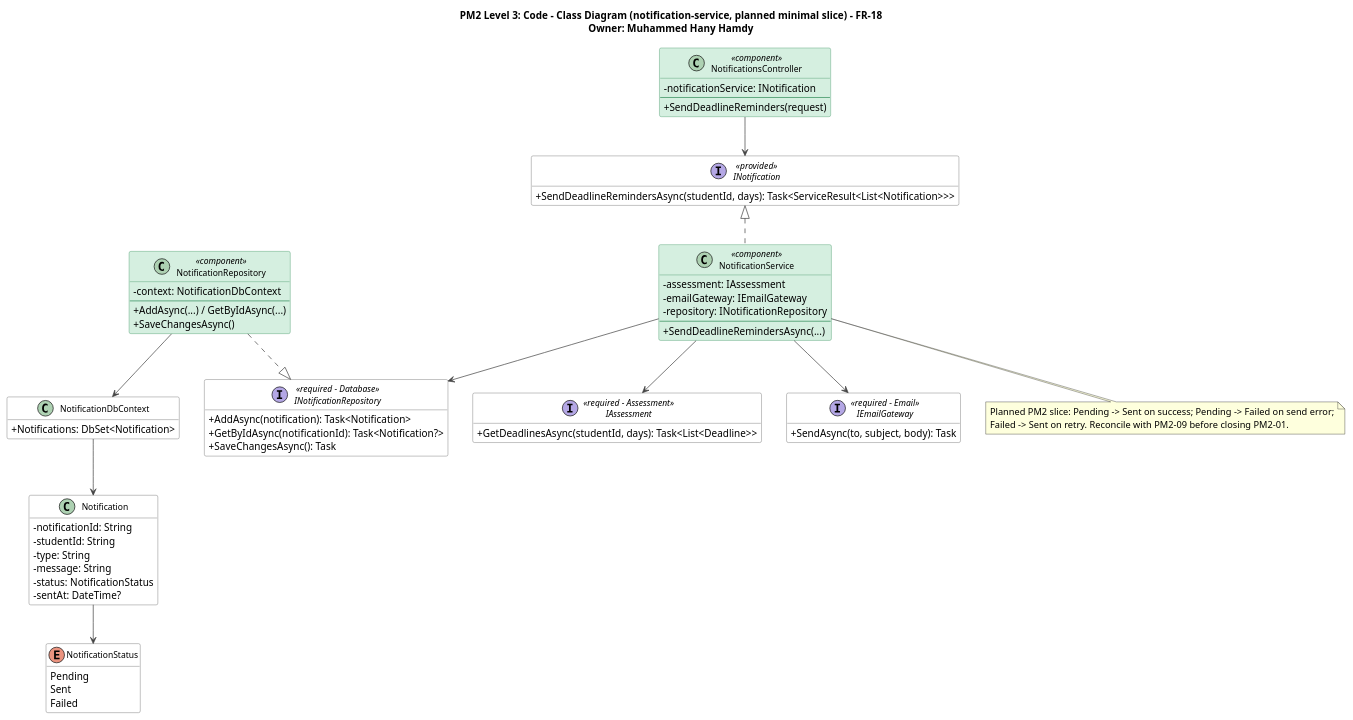
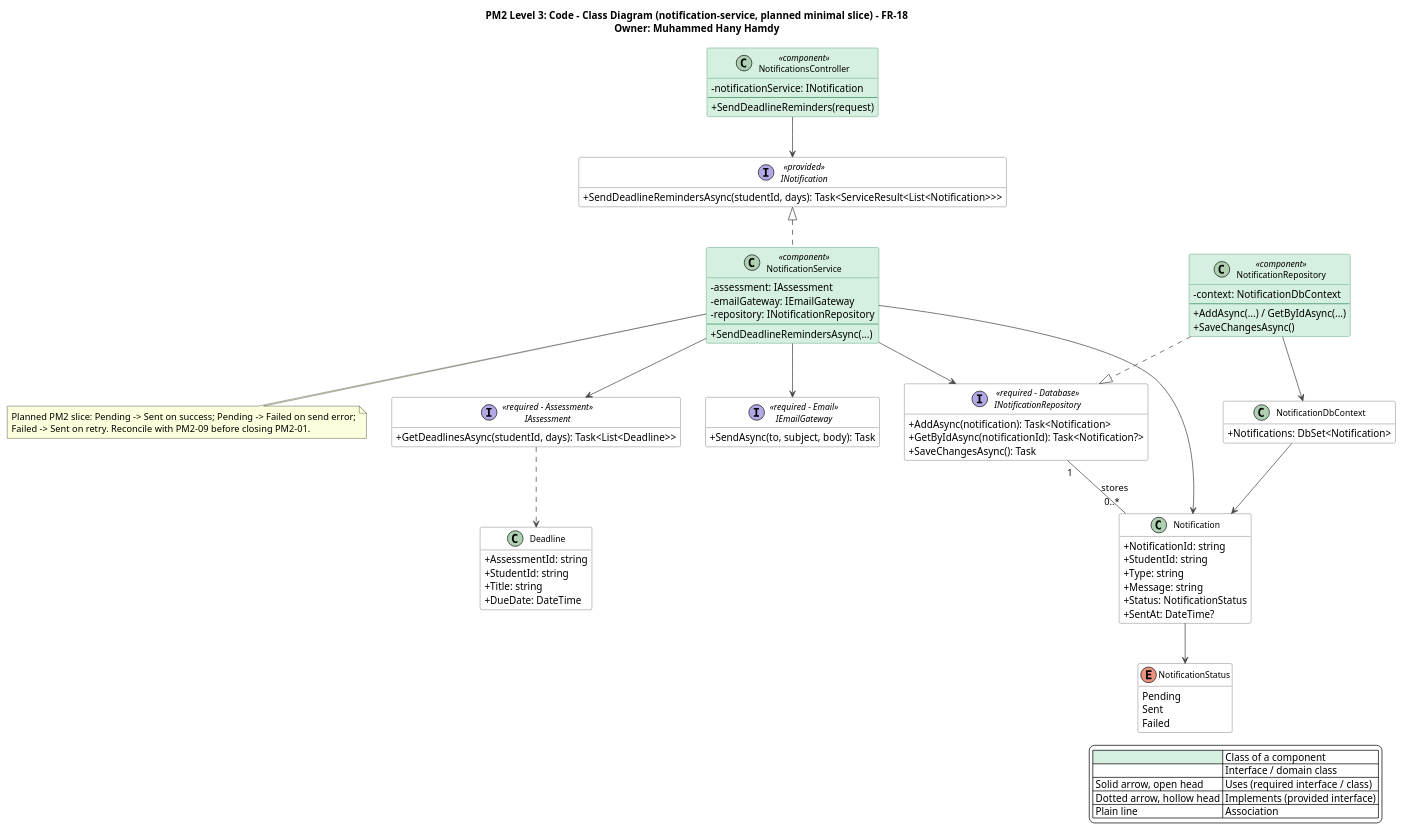
One commit to AIU-SoftWave/Aspirra changed the diagram in docs/PM2/Part A — Design/Class Diagram/notification-service.puml. Above: the diagram before and after it, drawn with PlantUML. The commit also changed 16 other files, not shown here.

Commit message:
Update PM2-01 class diagrams, message-link table, and report embeds (SCRUM-175, #54)

```diff
--- a/docs/PM2/Part A — Design/Class Diagram/notification-service.puml
+++ b/docs/PM2/Part A — Design/Class Diagram/notification-service.puml
@@ -1,96 +1,114 @@
 @startuml notification-service
 title PM2 Level 3: Code - Class Diagram (notification-service, planned minimal slice) - FR-18\nOwner: Muhammed Hany Hamdy
 top to bottom direction
 skinparam shadowing false
 skinparam defaultFontName Segoe UI
 skinparam backgroundColor #FFFFFF
 skinparam classAttributeIconSize 0
 skinparam classFontSize 12
 skinparam nodesep 35
 skinparam ranksep 55
 skinparam ArrowColor #444444
 skinparam class {
   BackgroundColor #FFFFFF
   BorderColor #555555
   BackgroundColor<<component>> #D5EFE0
   BorderColor<<component>> #2E8B57
 }
 skinparam interface {
   BackgroundColor #FFFFFF
   BorderColor #555555
 }
 hide empty members
+
+legend right
+  |<#D5EFE0>   | Class of a component |
+  |<#FFFFFF>   | Interface / domain class |
+  | Solid arrow, open head | Uses (required interface / class) |
+  | Dotted arrow, hollow head | Implements (provided interface) |
+  | Plain line | Association |
+endlegend
 
 interface INotification <<provided>> {
   +SendDeadlineRemindersAsync(studentId, days): Task<ServiceResult<List<Notification>>>
 }
 
 class NotificationsController <<component>> {
   -notificationService: INotification
   --
   +SendDeadlineReminders(request)
 }
 
 class NotificationService <<component>> {
   -assessment: IAssessment
   -emailGateway: IEmailGateway
   -repository: INotificationRepository
   --
   +SendDeadlineRemindersAsync(...)
 }
 
 interface IAssessment <<required - Assessment>> {
   +GetDeadlinesAsync(studentId, days): Task<List<Deadline>>
 }
 
 interface IEmailGateway <<required - Email>> {
   +SendAsync(to, subject, body): Task
 }
 
 interface INotificationRepository <<required - Database>> {
   +AddAsync(notification): Task<Notification>
   +GetByIdAsync(notificationId): Task<Notification?>
   +SaveChangesAsync(): Task
 }
 
 class NotificationRepository <<component>> {
   -context: NotificationDbContext
   --
   +AddAsync(...) / GetByIdAsync(...)
   +SaveChangesAsync()
 }
 
 class NotificationDbContext {
   +Notifications: DbSet<Notification>
 }
 
 class Notification {
-  -notificationId: String
-  -studentId: String
-  -type: String
-  -message: String
-  -status: NotificationStatus
-  -sentAt: DateTime?
+  +NotificationId: string
+  +StudentId: string
+  +Type: string
+  +Message: string
+  +Status: NotificationStatus
+  +SentAt: DateTime?
+}
+
+class Deadline {
+  +AssessmentId: string
+  +StudentId: string
+  +Title: string
+  +DueDate: DateTime
 }
 
 enum NotificationStatus {
   Pending
   Sent
   Failed
 }
 
 NotificationsController --> INotification
 INotification <|.. NotificationService
 NotificationService --> IAssessment
 NotificationService --> IEmailGateway
 NotificationService --> INotificationRepository
+NotificationService --> Notification
+IAssessment ..> Deadline
+INotificationRepository "1" -- "0..*" Notification : stores
 NotificationRepository ..|> INotificationRepository
 NotificationRepository --> NotificationDbContext
 NotificationDbContext --> Notification
 Notification --> NotificationStatus
 
 note bottom of NotificationService
   Planned PM2 slice: Pending -> Sent on success; Pending -> Failed on send error;
   Failed -> Sent on retry. Reconcile with PM2-09 before closing PM2-01.
 end note
 @enduml
```
